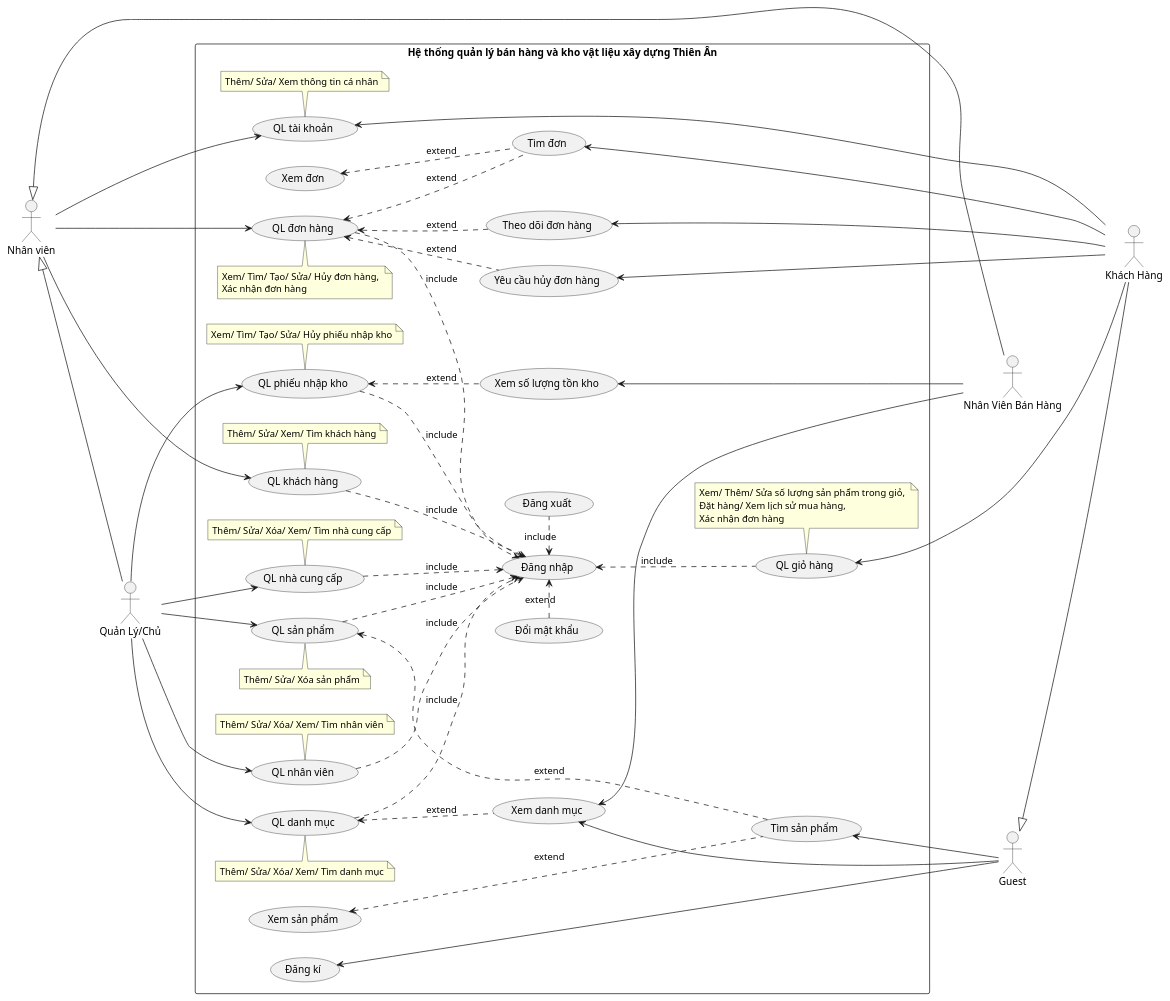
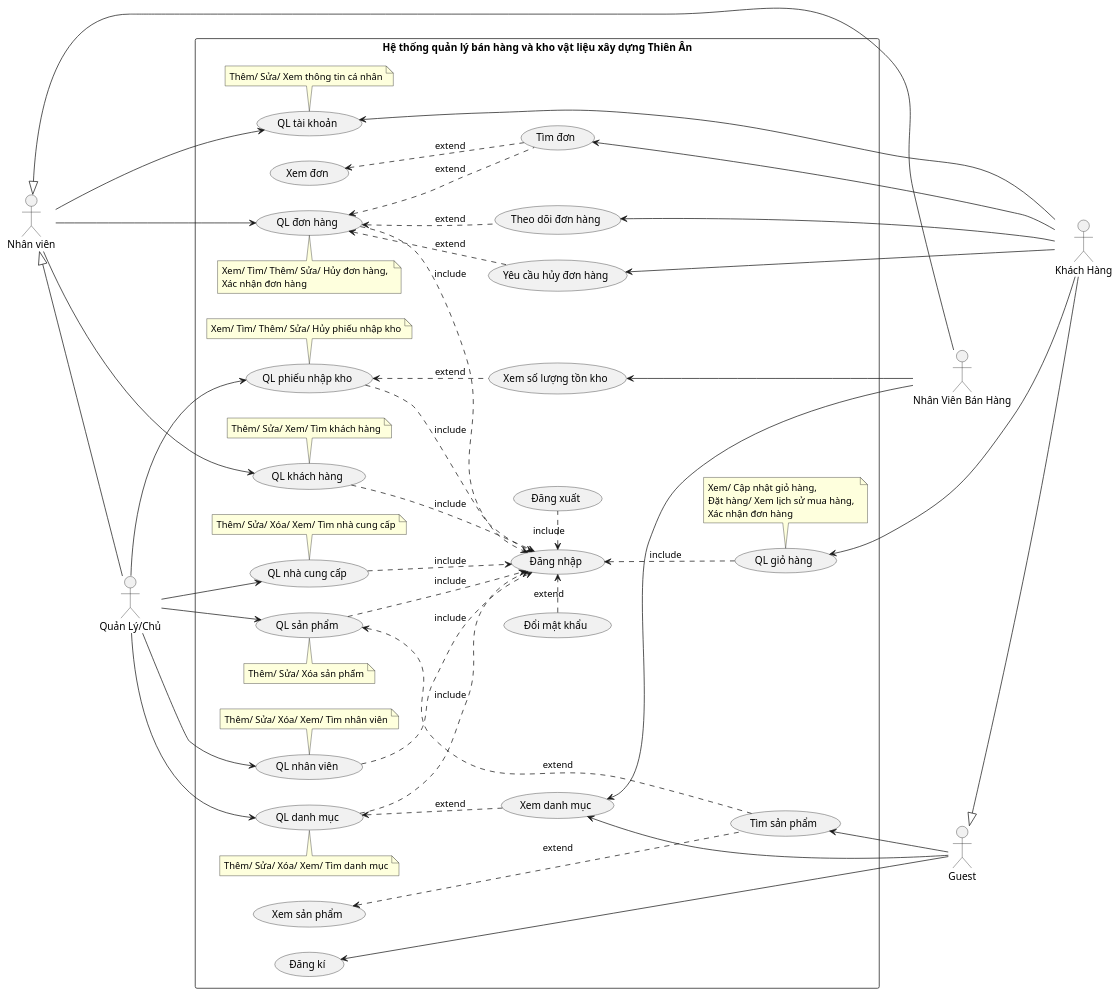
The diagram in assets/plantuml/Oris/Oris-NewUC.puml (ThanhdatOris/LAB2211), drawn with PlantUML before and after one commit.

```diff
--- a/assets/plantuml/Oris/Oris-NewUC.puml
+++ b/assets/plantuml/Oris/Oris-NewUC.puml
@@ -1,144 +1,144 @@
 @startuml SinooUC
 
 skinparam shadowing false
 left to right direction
 
 '------------- Actor -------------
 
 actor "Nhân viên" as NV
 actor "Quản Lý/Chủ" as NVQL
 actor "Nhân Viên Bán Hàng" as NVBH
 actor "Guest" as GUEST
 actor "Khách Hàng" as KH
 
     '----------- Kế thừa -----------
 
     ' NVQL --|> NV
     NV <|-- NVQL
     ' NVBH --|> NV
     NV <|-- NVBH
     ' KH --|> GUEST
     GUEST <|-- KH
 
 '------------- Boundary -------------
 
 rectangle "Hệ thống quản lý bán hàng và kho vật liệu xây dựng Thiên Ân" {
 
     '>>>>>>>>>>>>>>> Khai báo >>>>>>>>>>>>>>>
 
     '------------- UceeCase Tổng quát -------------
 
     'Quản lý Tài khoản
     (QL tài khoản) as QLTK
     'Quản lý Danh mục
     (QL danh mục) as QLDMSP
     'Quản lý Kho hàng
     (QL phiếu nhập kho) as QLKHO
     'Quản lý Nhân viên
     (QL nhân viên) as QLNV
     'Quản lý Nhà cung cấp
     (QL nhà cung cấp) as QLNCC
     'Quản lý Đơn hàng
     (QL đơn hàng) as QLDH
     'Quản lý Sản phẩm
     (QL sản phẩm) as QLSP
     'Quản lý Giỏ hàng
     (QL giỏ hàng) as QLGH
     'Quản lý Khách hàng
     (QL khách hàng) as QLKH
 
     note bottom of QLTK: Thêm/ Sửa/ Xem thông tin cá nhân
     note top of QLDMSP: Thêm/ Sửa/ Xóa/ Xem/ Tìm danh mục
-    note bottom of QLKHO: Xem/ Tìm/ Tạo/ Sửa/ Hủy phiếu nhập kho
+    note bottom of QLKHO: Xem/ Tìm/ Thêm/ Sửa/ Hủy phiếu nhập kho
     note bottom of QLNV: Thêm/ Sửa/ Xóa/ Xem/ Tìm nhân viên
     note bottom of QLNCC: Thêm/ Sửa/ Xóa/ Xem/ Tìm nhà cung cấp
-    note top of QLDH: Xem/ Tìm/ Tạo/ Sửa/ Hủy đơn hàng, \nXác nhận đơn hàng
+    note top of QLDH: Xem/ Tìm/ Thêm/ Sửa/ Hủy đơn hàng, \nXác nhận đơn hàng
     note top of QLSP: Thêm/ Sửa/ Xóa sản phẩm
-    note bottom of QLGH: Xem/ Thêm/ Sửa số lượng sản phẩm trong giỏ, \nĐặt hàng/ Xem lịch sử mua hàng, \nXác nhận đơn hàng
+    note bottom of QLGH: Xem/ Cập nhật giỏ hàng, \nĐặt hàng/ Xem lịch sử mua hàng, \nXác nhận đơn hàng
     note bottom of QLKH: Thêm/ Sửa/ Xem/ Tìm khách hàng
 
     '------------- UceeCase Chi tiết -------------
 
     (Xem danh mục) as XEM_DMSP
     (Xem số lượng tồn kho) as XEM_HANG
     (Tìm đơn) as TIM_DH
     (Xem đơn) as XEM_DH
     (Theo dõi đơn hàng) as THEO_DOI_DH
     (Yêu cầu hủy đơn hàng) as YCHUY_DH
     (Xem sản phẩm) as XEM_SP
     (Tìm sản phẩm) as TIM_SP
     
     (Đăng xuất) as Logout
     (Đăng nhập) as Login
     (Đăng kí) as SignUp
     (Đổi mật khẩu) as ChangePass
 
     '>>>>>>>>>>>>>>> Hướng >>>>>>>>>>>>>>
 
     Login <. Logout: include
     ChangePass .> Login : extend
     
     'Tất cả các usecase đều include Login
     QLDMSP ..> Login : include
     QLDH ..> Login : include
     QLSP ..> Login : include
     QLNCC ..> Login : include
     QLKH ..> Login : include
     QLNV ..> Login : include
     QLKHO ..> Login : include
     Login <.. QLGH: include
 
     '----------- Nhân viên (Parent) -----------
     
     NV --> QLDH
     NV --> QLTK
     NV --> QLKH
 
     '----------- Quản lý -----------
 
     NVQL --> QLDMSP
     NVQL --> QLKHO
     NVQL --> QLNV
     NVQL --> QLNCC
     NVQL --> QLSP
 
     'Sản phẩm
     QLSP <... TIM_SP: extend
 
     'Danh mục sp
     QLDMSP <.. XEM_DMSP: extend
 
     'Kho hàng
     QLKHO <.. XEM_HANG  : extend
 
     'Đơn hàng
     QLDH <.. TIM_DH: extend
 
     '----------- Nhân Viên Bán Hàng -----------
 
     ' NVBH ---> XEM_HANG
     ' NVBH --> XEM_DMSP
 
     XEM_HANG <--- NVBH
     XEM_DMSP <--- NVBH
 
     '----------- Khách Hàng -----------
 
     SignUp <- GUEST
     TIM_SP <-- GUEST
     XEM_DMSP <-- GUEST
 
     XEM_SP <... TIM_SP: extend
     XEM_DH <.. TIM_DH: extend
 
     QLDH <.. YCHUY_DH: extend
     QLDH <.. THEO_DOI_DH: extend
 
     QLGH <-- KH
     QLTK <- KH
     YCHUY_DH <-- KH
     THEO_DOI_DH <-- KH
     TIM_DH <-- KH
 }
 
 @enduml
```
